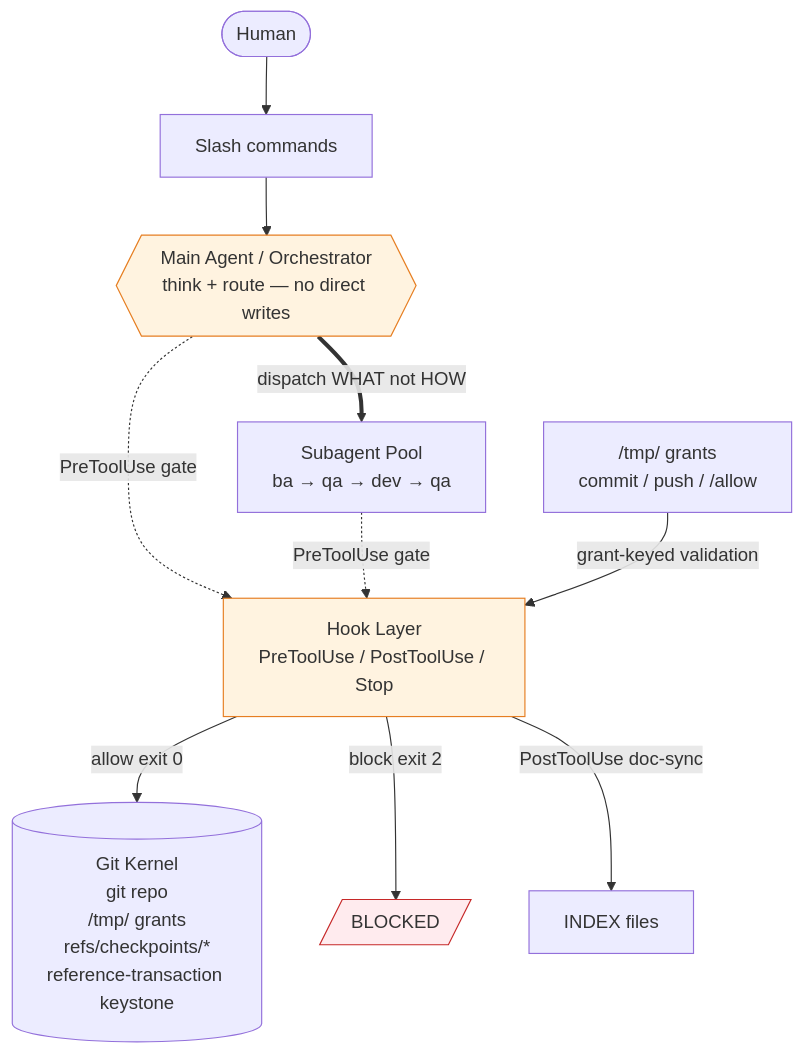
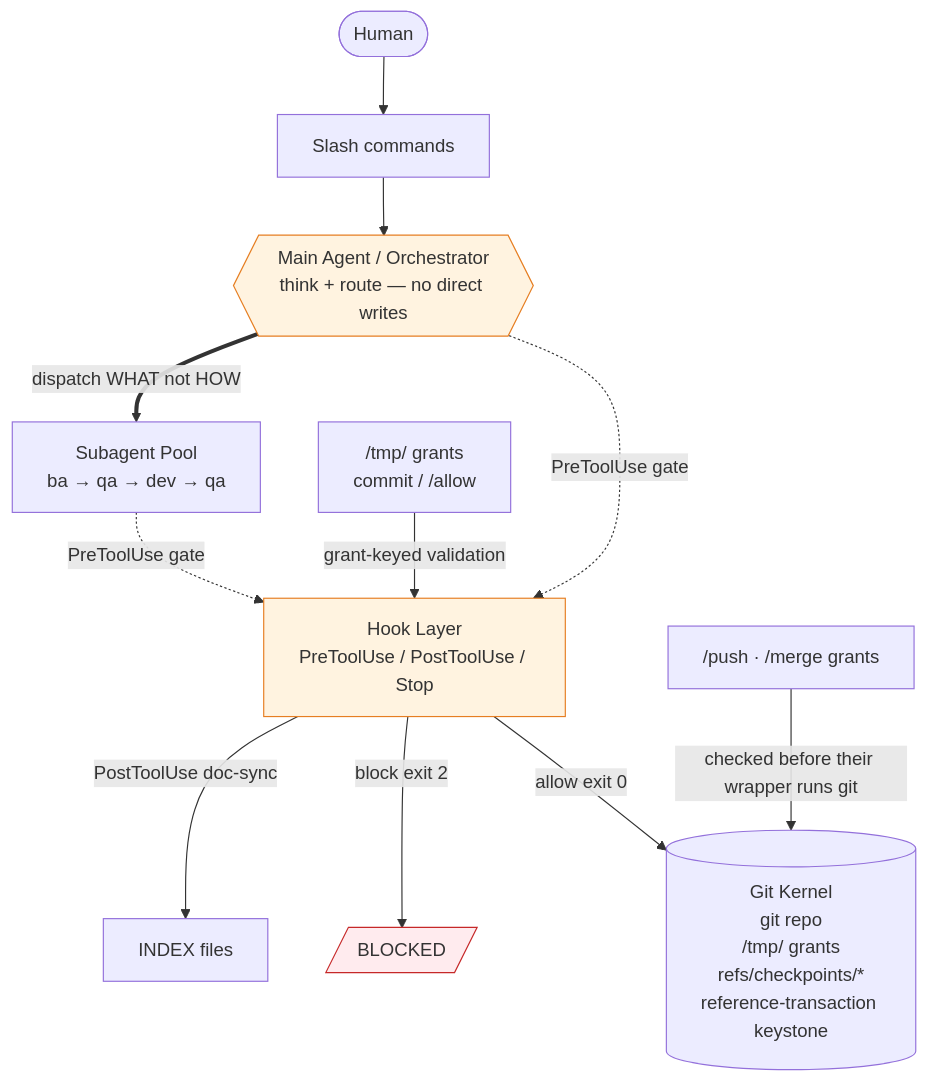
The diagram in docs/how-it-works.md (Yugoge/awesome-claude-harness), drawn with Mermaid before and after one commit. The commit also changed other lines of this file and 4 other files, not shown here.

````diff
--- a/docs/how-it-works.md
+++ b/docs/how-it-works.md
@@ -27,21 +27,22 @@
 ```mermaid
 graph TD
     U([Human]) --> CMD[Slash commands]
     CMD --> ORC{{Main Agent / Orchestrator<br/>think + route — no direct writes}}
 
     ORC -.->|PreToolUse gate| HL
     SUB -.->|PreToolUse gate| HL
 
     ORC ==>|dispatch WHAT not HOW| SUB[Subagent Pool<br/>ba → qa → dev → qa]
 
     HL[Hook Layer<br/>PreToolUse / PostToolUse / Stop] -->|allow exit 0| GK[("Git Kernel<br/>git repo<br/>/tmp/ grants<br/>refs/checkpoints/*<br/>reference-transaction keystone")]
     HL -->|block exit 2| BLK[/BLOCKED/]
 
     HL -->|PostToolUse doc-sync| IDX[INDEX files]
-    TMP["/tmp/ grants<br/>commit / push / /allow"] -->|grant-keyed validation| HL
+    TMP["/tmp/ grants<br/>commit / /allow"] -->|grant-keyed validation| HL
+    PMG["/push · /merge grants"] -->|checked before their wrapper runs git| GK
 
     classDef restricted fill:#ffebee,stroke:#c62828
     classDef gate fill:#fff3e0,stroke:#e67e22
     class BLK restricted
     class ORC,HL gate
 ```
````
